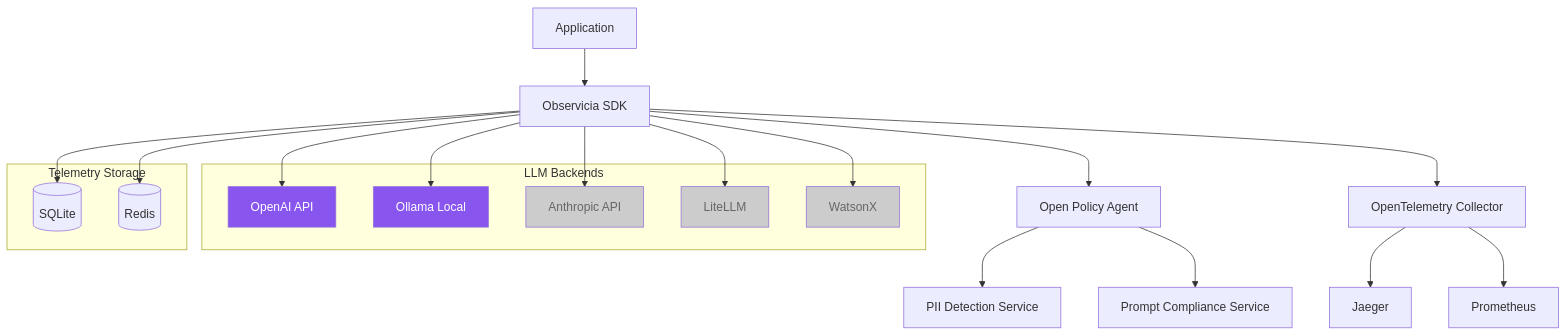
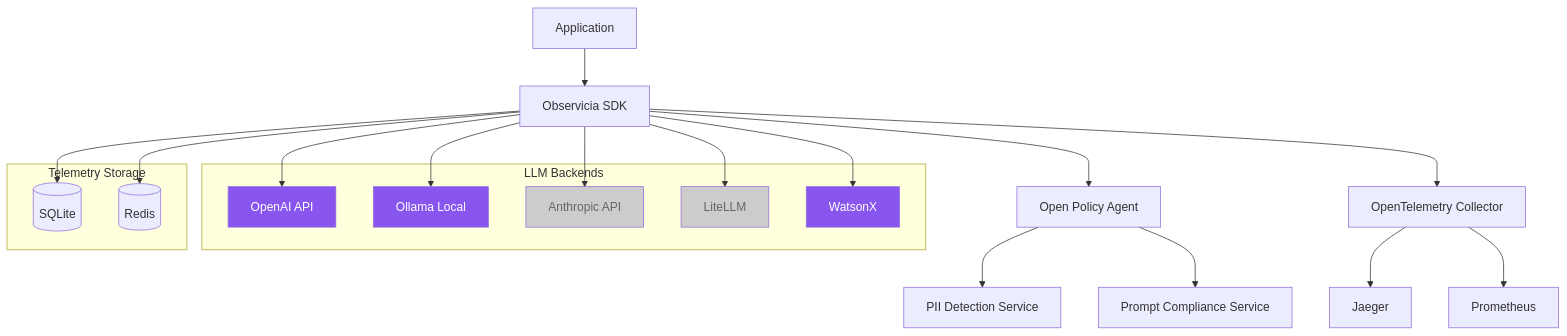
The diagram in README.md (Observicia/Observicia), drawn with Mermaid before and after one commit. The commit also changed other lines of this file and 1 other file, not shown here.

````diff
--- a/README.md
+++ b/README.md
@@ -165,39 +169,39 @@
 ```mermaid
 flowchart TB
     App[Application] --> SDK[Observicia SDK]
     subgraph LLM Backends
         OpenAI[OpenAI API]
         Ollama[Ollama Local]
         Anthropic[Anthropic API]
         LiteLLM[LiteLLM]
         WatsonX[WatsonX]
     end
 
     SDK --> OpenAI
     SDK --> Ollama
     SDK --> Anthropic
     SDK --> LiteLLM
     SDK --> WatsonX
 
     SDK --> OPA[Open Policy Agent]
     SDK --> OTEL[OpenTelemetry Collector]
     SDK --> SQLite[(SQLite)]
     SDK --> Redis[(Redis)]
 
     OTEL --> Jaeger[Jaeger]
     OTEL --> Prom[Prometheus]
 
     OPA --> PII[PII Detection Service]
     OPA --> Compliance[Prompt Compliance Service]
 
     subgraph Telemetry Storage
         SQLite
         Redis
     end
 
     style OpenAI fill:#85e,color:#fff
     style Ollama fill:#85e,color:#fff
+    style WatsonX fill:#85e,color:#fff
     style Anthropic fill:#ccc,color:#666
     style LiteLLM fill:#ccc,color:#666
-    style WatsonX fill:#ccc,color:#666
 ```
````
